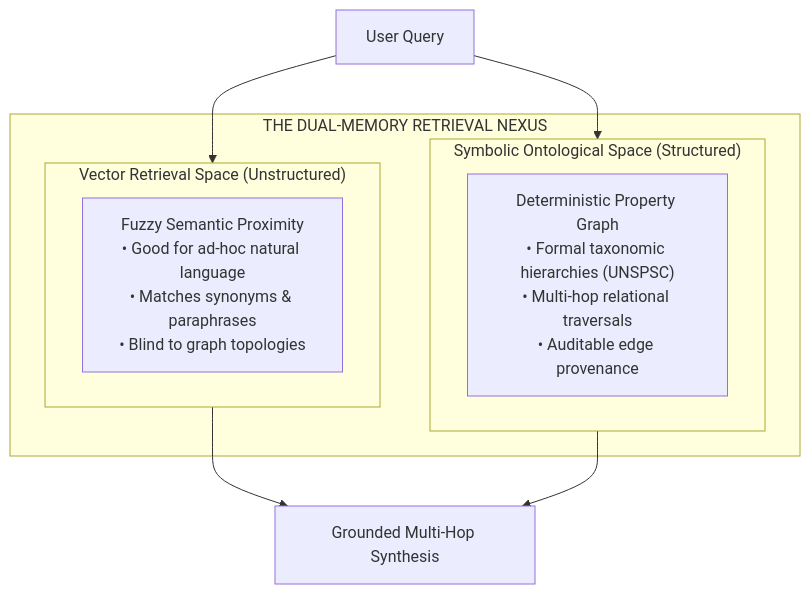
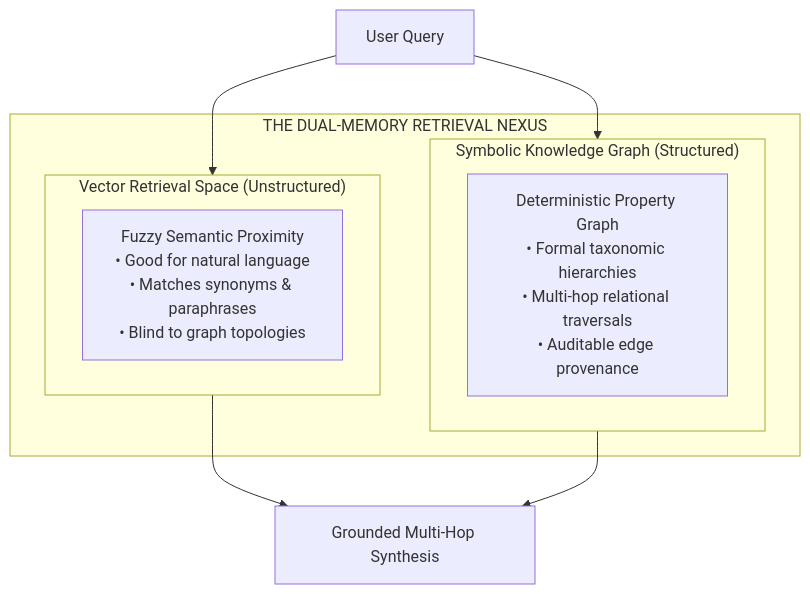
Before and after one commit to dip4k/senior-engineer-to-ai-engineer-roadmap: the first of 4 diagrams in 02-rag-and-knowledge-systems/06-graphrag-and-entity-traversal.md, drawn with Mermaid. The commit also changed other lines of this file and 10 other files, not shown here.

````diff
--- a/02-rag-and-knowledge-systems/06-graphrag-and-entity-traversal.md
+++ b/02-rag-and-knowledge-systems/06-graphrag-and-entity-traversal.md
@@ -44,17 +46,17 @@
 ```mermaid
 flowchart TD
     subgraph Nexus["THE DUAL-MEMORY RETRIEVAL NEXUS"]
         subgraph VectorMemory["Vector Retrieval Space (Unstructured)"]
-            V["Fuzzy Semantic Proximity<br>• Good for ad-hoc natural language<br>• Matches synonyms & paraphrases<br>• Blind to graph topologies"]
+            V["Fuzzy Semantic Proximity<br>• Good for natural language<br>• Matches synonyms & paraphrases<br>• Blind to graph topologies"]
         end
 
-        subgraph GraphMemory["Symbolic Ontological Space (Structured)"]
-            G["Deterministic Property Graph<br>• Formal taxonomic hierarchies (UNSPSC)<br>• Multi-hop relational traversals<br>• Auditable edge provenance"]
+        subgraph GraphMemory["Symbolic Knowledge Graph (Structured)"]
+            G["Deterministic Property Graph<br>• Formal taxonomic hierarchies<br>• Multi-hop relational traversals<br>• Auditable edge provenance"]
         end
     end
 
     Query["User Query"] --> VectorMemory
     Query --> GraphMemory
     VectorMemory --> Synthesis["Grounded Multi-Hop Synthesis"]
     GraphMemory --> Synthesis
 ```
````
